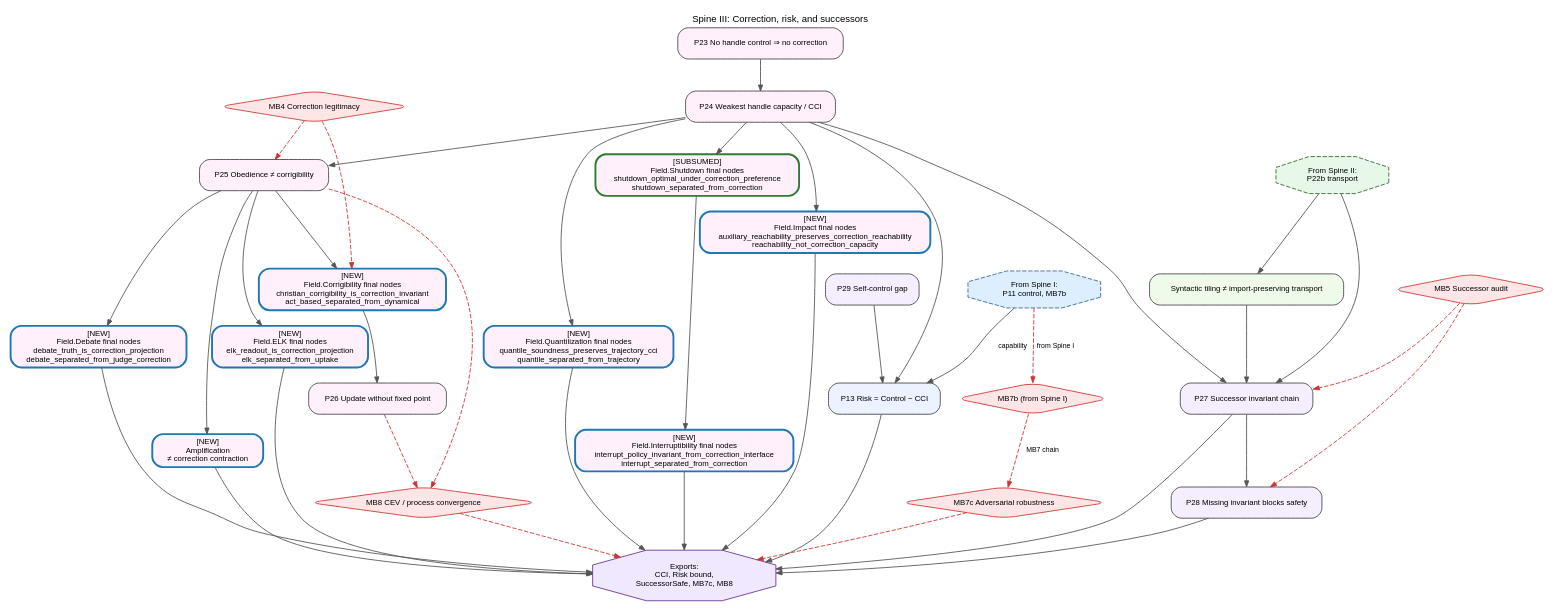
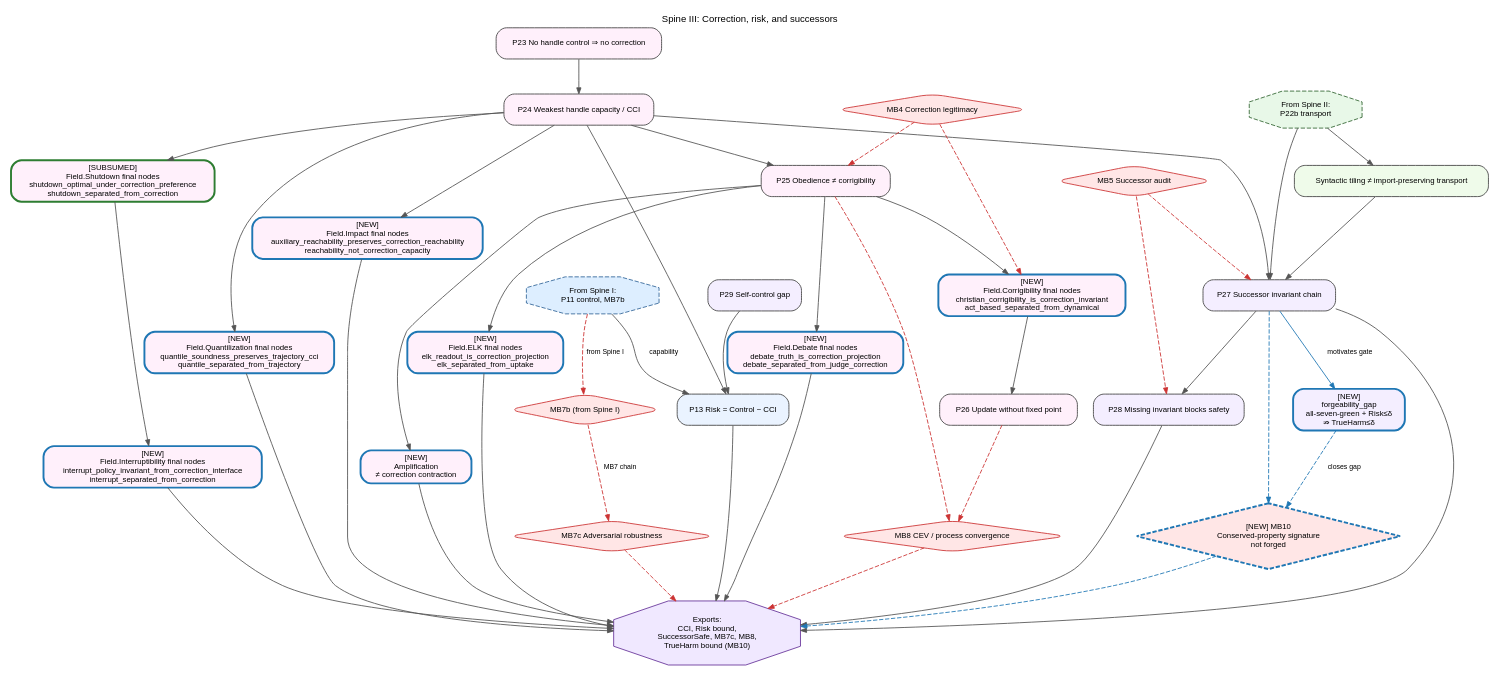
The diagram in context/lean_proof_graphs/03-correction-successors.dot (GunnarZarncke/towards-asi-alignment), drawn with Graphviz before and after one commit. The commit also changed 27 other files, not shown here.

```diff
--- a/context/lean_proof_graphs/03-correction-successors.dot
+++ b/context/lean_proof_graphs/03-correction-successors.dot
@@ -1,82 +1,89 @@
 digraph Spine03CorrectionSuccessors {
   graph [
     rankdir=TB,
     bgcolor="white",
     splines=true,
     overlap=false,
     fontsize=11,
     fontname="Helvetica",
     label="Spine III: Correction, risk, and successors",
     labelloc="t"
   ];
   node [shape=box, style="rounded,filled", fontname="Helvetica", fontsize=9, color="#444444"];
   edge [fontname="Helvetica", fontsize=8, color="#555555", arrowsize=0.7];
 
   P23 [label="P23 No handle control ⇒ no correction", fillcolor="#FFF0FB"];
   P24 [label="P24 Weakest handle capacity / CCI", fillcolor="#FFF0FB"];
   FSHUT [label="[SUBSUMED]\nField.Shutdown final nodes\nshutdown_optimal_under_correction_preference\nshutdown_separated_from_correction", fillcolor="#FFF0FB", color="#2E7D32", penwidth=2.2];
   FINT [label="[NEW]\nField.Interruptibility final nodes\ninterrupt_policy_invariant_from_correction_interface\ninterrupt_separated_from_correction", fillcolor="#FFF0FB", color="#1F77B4", penwidth=2.2];
   FIMPACT [label="[NEW]\nField.Impact final nodes\nauxiliary_reachability_preserves_correction_reachability\nreachability_not_correction_capacity", fillcolor="#FFF0FB", color="#1F77B4", penwidth=2.2];
   FQUANT [label="[NEW]\nField.Quantilization final nodes\nquantile_soundness_preserves_trajectory_cci\nquantile_separated_from_trajectory", fillcolor="#FFF0FB", color="#1F77B4", penwidth=2.2];
   P25 [label="P25 Obedience ≠ corrigibility", fillcolor="#FFF0FB"];
   FCORR [label="[NEW]\nField.Corrigibility final nodes\nchristian_corrigibility_is_correction_invariant\nact_based_separated_from_dynamical", fillcolor="#FFF0FB", color="#1F77B4", penwidth=2.2];
   FDEB [label="[NEW]\nField.Debate final nodes\ndebate_truth_is_correction_projection\ndebate_separated_from_judge_correction", fillcolor="#FFF0FB", color="#1F77B4", penwidth=2.2];
   P25A [label="[NEW]\nAmplification\n≠ correction contraction", fillcolor="#FFF0FB", color="#1F77B4", penwidth=2.2];
   FELK [label="[NEW]\nField.ELK final nodes\nelk_readout_is_correction_projection\nelk_separated_from_uptake", fillcolor="#FFF0FB", color="#1F77B4", penwidth=2.2];
   P26 [label="P26 Update without fixed point", fillcolor="#FFF0FB"];
   P13 [label="P13 Risk = Control − CCI", fillcolor="#EAF3FF"];
   P29 [label="P29 Self-control gap", fillcolor="#F4EEFF"];
   P27 [label="P27 Successor invariant chain", fillcolor="#F4EEFF"];
   P28 [label="P28 Missing invariant blocks safety", fillcolor="#F4EEFF"];
   P22T [label="Syntactic tiling ≠ import-preserving transport", fillcolor="#EFFBEA"];
+  PFORGE [label="[NEW]\nforgeability_gap\nall-seven-green + Risk≤δ\n⇏ TrueHarm≤δ", fillcolor="#F4EEFF", color="#1F77B4", penwidth=2.2];
 
   MB4 [shape=diamond, fillcolor="#FFE6E6", color="#CC3333", label="MB4 Correction legitimacy"];
   MB5 [shape=diamond, fillcolor="#FFE6E6", color="#CC3333", label="MB5 Successor audit"];
   MB7b [shape=diamond, fillcolor="#FFE6E6", color="#CC3333", label="MB7b (from Spine I)"];
   MB7c [shape=diamond, fillcolor="#FFE6E6", color="#CC3333", label="MB7c Adversarial robustness"];
   MB8 [shape=diamond, fillcolor="#FFE6E6", color="#CC3333", label="MB8 CEV / process convergence"];
+  MB10 [shape=diamond, style="filled,dashed", fillcolor="#FFE6E6", color="#1F77B4", penwidth=2.2, label="[NEW] MB10\nConserved-property signature\nnot forged"];
 
   IN_VB [shape=octagon, style="filled,dashed", fillcolor="#E8F8E8", color="#336633",
          label="From Spine II:\nP22b transport"];
   IN_BND [shape=octagon, style="filled,dashed", fillcolor="#DDEEFF", color="#336699",
           label="From Spine I:\nP11 control, MB7b"];
 
   OUT [shape=octagon, style="filled", fillcolor="#F0E8FF", color="#663399",
-       label="Exports:\nCCI, Risk bound,\nSuccessorSafe, MB7c, MB8"];
+       label="Exports:\nCCI, Risk bound,\nSuccessorSafe, MB7c, MB8,\nTrueHarm bound (MB10)"];
 
   IN_VB -> P22T -> P27;
   IN_VB -> P27;
   P23 -> P24 -> FSHUT;
   FSHUT -> FINT;
   P24 -> FIMPACT;
   P24 -> FQUANT;
   P24 -> P25 -> FCORR -> P26;
   P25 -> FDEB;
   P25 -> P25A;
   P25 -> FELK;
   P24 -> P13;
   P24 -> P27 -> P28;
   IN_BND -> P13 [label="capability"];
   P29 -> P13;
 
   MB4 -> P25 [style=dashed, color="#CC3333"];
   MB4 -> FCORR [style=dashed, color="#CC3333"];
   MB5 -> P27 [style=dashed, color="#CC3333"];
   MB5 -> P28 [style=dashed, color="#CC3333"];
   P25 -> MB8 [style=dashed, color="#CC3333"];
   P26 -> MB8 [style=dashed, color="#CC3333"];
 
+  P27 -> PFORGE [label="motivates gate", color="#1F77B4"];
+  PFORGE -> MB10 [style=dashed, color="#1F77B4", label="closes gap"];
+  P27 -> MB10 [style=dashed, color="#1F77B4"];
+  MB10 -> OUT [style=dashed, color="#1F77B4"];
+
   IN_BND -> MB7b [style=dashed, color="#CC3333", label="from Spine I"];
   MB7b -> MB7c [style=dashed, color="#CC3333", label="MB7 chain"];
   MB7c -> OUT [style=dashed, color="#CC3333"];
   P13 -> OUT;
   FINT -> OUT;
   FIMPACT -> OUT;
   FQUANT -> OUT;
   FDEB -> OUT;
   P25A -> OUT;
   FELK -> OUT;
   P27 -> OUT;
   P28 -> OUT;
   MB8 -> OUT [style=dashed, color="#CC3333"];
 }
```
